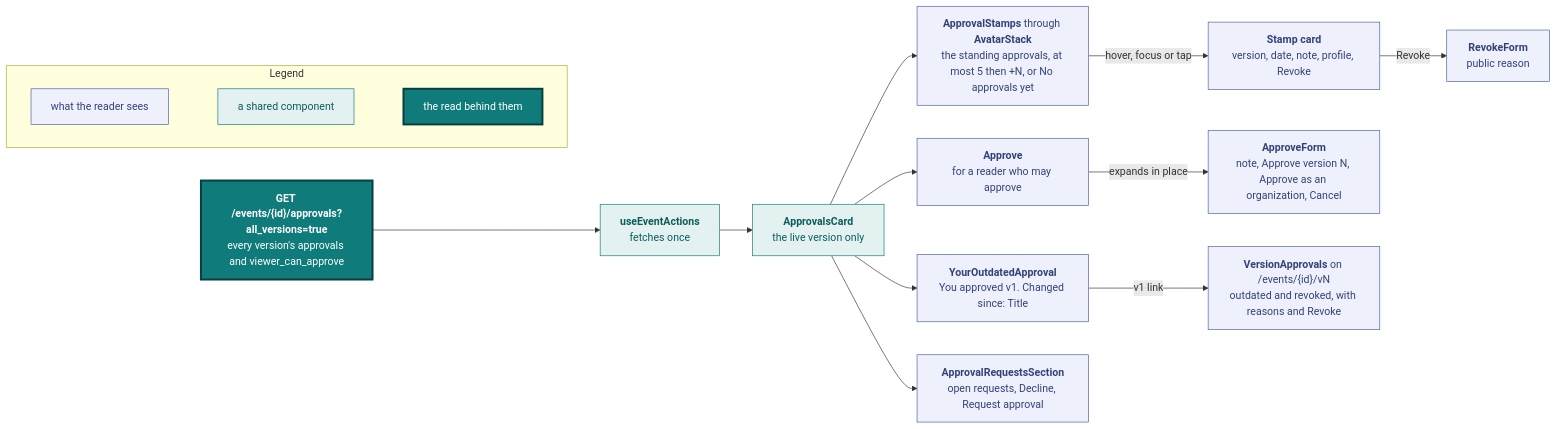
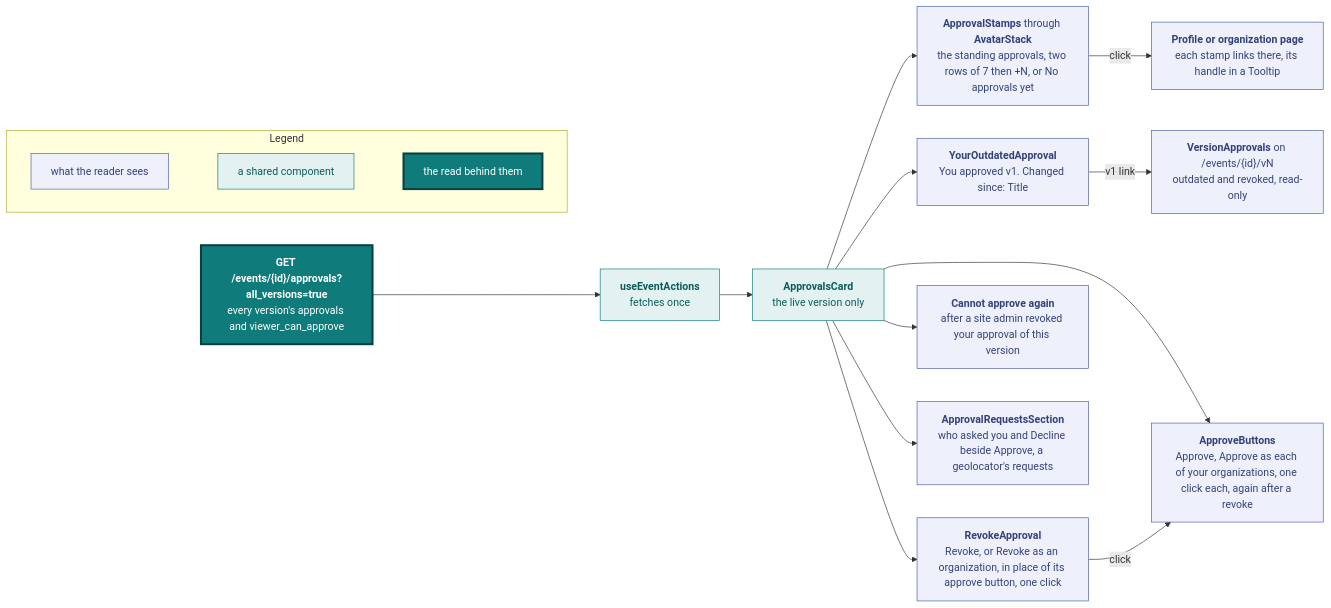
The sixth of 11 diagrams in docs/design.md (vidithq/vidit), drawn with Mermaid before and after one commit. The commit also changed other lines of this file and 132 other files, not shown here.

First line of the commit message:
feat(ui): event page, approvals, layout and picker fixes (#595)

````diff
--- a/docs/design.md
+++ b/docs/design.md
@@ -592,47 +602,48 @@
 ```mermaid
 flowchart LR
   classDef spec fill:#eef1fb,stroke:#4a5fa5,color:#33417a
   classDef shared fill:#e3f2f1,stroke:#0f7b7a,color:#0b5c5b
   classDef core fill:#0f7b7a,stroke:#083f3e,stroke-width:3px,color:#ffffff
 
   subgraph legend [Legend]
     direction LR
     l1["`what the reader sees`"]:::spec
     l2["`a shared component`"]:::shared
     l3["`the read behind them`"]:::core
     l1 ~~~ l2 ~~~ l3
   end
 
   read["`**GET /events/{id}/approvals?all_versions=true**
   every version's approvals and viewer_can_approve`"]:::core
   hook["`**useEventActions**
   fetches once`"]:::shared
   card["`**ApprovalsCard**
   the live version only`"]:::shared
   stamps["`**ApprovalStamps** through **AvatarStack**
-  the standing approvals, at most 5 then +N, or No approvals yet`"]:::spec
-  stampcard["`**Stamp card**
-  version, date, note, profile, Revoke`"]:::spec
-  revoke["`**RevokeForm**
-  public reason`"]:::spec
+  the standing approvals, two rows of 7 then +N, or No approvals yet`"]:::spec
+  page["`**Profile or organization page**
+  each stamp links there, its handle in a Tooltip`"]:::spec
   own["`**YourOutdatedApproval**
   You approved v1. Changed since: Title`"]:::spec
-  approve["`**Approve**
-  for a reader who may approve`"]:::spec
-  form["`**ApproveForm**
-  note, Approve version N, Approve as an organization, Cancel`"]:::spec
+  approve["`**ApproveButtons**
+  Approve, Approve as each of your organizations, one click each, again after a revoke`"]:::spec
+  revoke["`**RevokeApproval**
+  Revoke, or Revoke as an organization, in place of its approve button, one click`"]:::spec
+  again["`**Cannot approve again**
+  after a site admin revoked your approval of this version`"]:::spec
   requests["`**ApprovalRequestsSection**
-  open requests, Decline, Request approval`"]:::spec
+  who asked you and Decline beside Approve, a geolocator's requests`"]:::spec
   vn["`**VersionApprovals** on /events/{id}/vN
-  outdated and revoked, with reasons and Revoke`"]:::spec
+  outdated and revoked, read-only`"]:::spec
 
   read --> hook --> card
   card --> stamps
   card --> own
   card --> approve
+  card --> revoke
+  card --> again
   card --> requests
-  stamps -->|"hover, focus or tap"| stampcard
-  stampcard -->|"Revoke"| revoke
-  approve -->|"expands in place"| form
+  stamps -->|"click"| page
+  revoke -->|"click"| approve
   own -->|"v1 link"| vn
 ```
````
